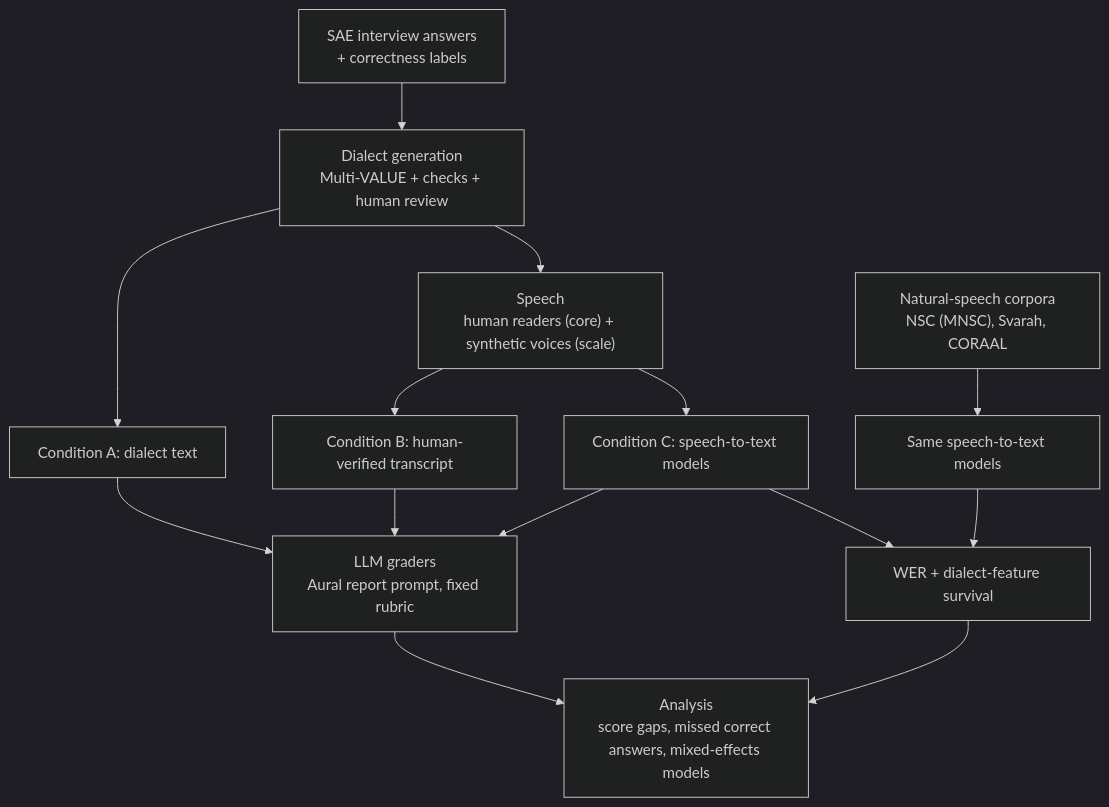
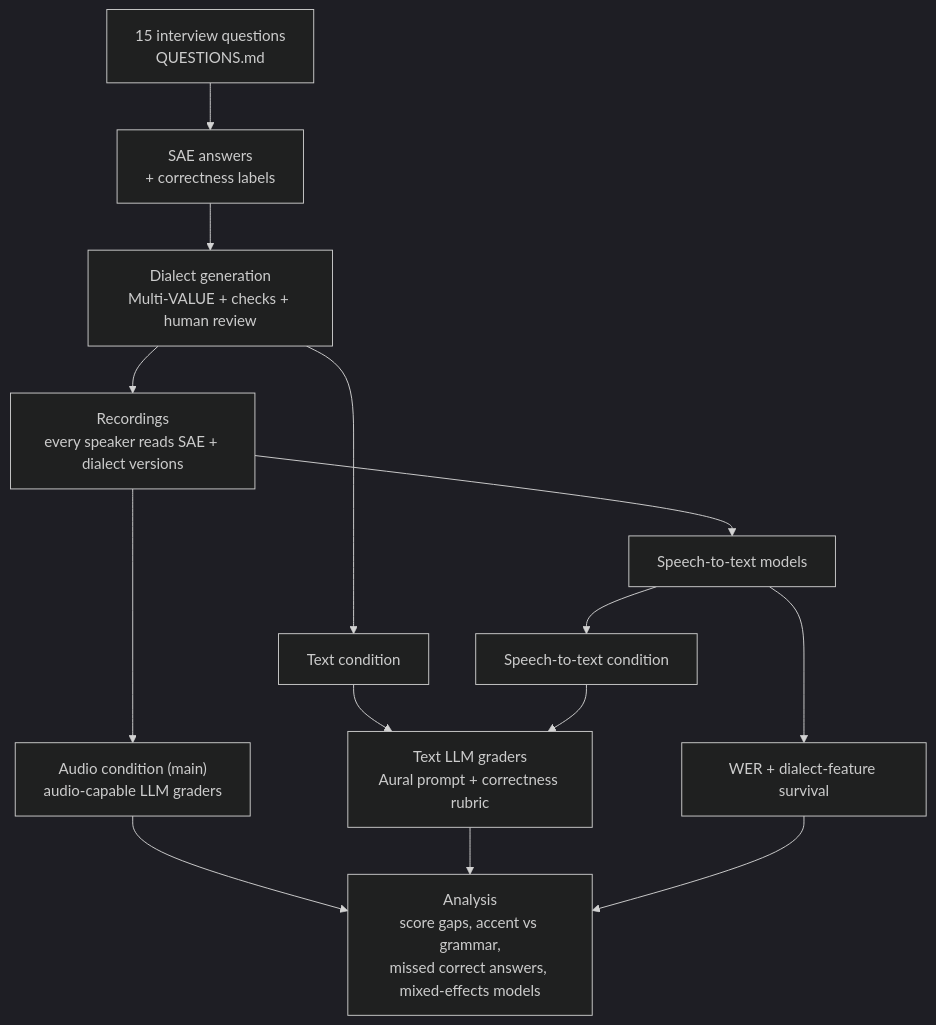
The diagram in PLAN.md (brevinhquangpham/interview-dialect-study), drawn with Mermaid (dark theme) before and after one commit. The commit also changed other lines of this file and 1 other file, not shown here.

First line of the commit message:
Make raw audio the main grading condition

````diff
--- a/PLAN.md
+++ b/PLAN.md
@@ -43,16 +75,16 @@
 ```mermaid
 flowchart TD
-  A["SAE interview answers<br/>+ correctness labels"] --> B["Dialect generation<br/>Multi-VALUE + checks + human review"]
-  B --> T["Condition A: dialect text"]
-  B --> S["Speech<br/>human readers (core) + synthetic voices (scale)"]
-  S --> H["Condition B: human-verified transcript"]
-  S --> R["Condition C: speech-to-text models"]
-  T --> G["LLM graders<br/>Aural report prompt, fixed rubric"]
-  H --> G
-  R --> G
+  Q["15 interview questions<br/>QUESTIONS.md"] --> A["SAE answers<br/>+ correctness labels"]
+  A --> B["Dialect generation<br/>Multi-VALUE + checks + human review"]
+  B --> T["Text condition"]
+  B --> S["Recordings<br/>every speaker reads SAE + dialect versions"]
+  S --> AU["Audio condition (main)<br/>audio-capable LLM graders"]
+  S --> R["Speech-to-text models"]
+  R --> RT["Speech-to-text condition"]
+  T --> G["Text LLM graders<br/>Aural prompt + correctness rubric"]
+  RT --> G
   R --> F["WER + dialect-feature survival"]
-  X["Natural-speech corpora<br/>NSC (MNSC), Svarah, CORAAL"] --> RX["Same speech-to-text models"]
-  RX --> F
-  G --> M["Analysis<br/>score gaps, missed correct answers, mixed-effects models"]
+  AU --> M["Analysis<br/>score gaps, accent vs grammar,<br/>missed correct answers, mixed-effects models"]
+  G --> M
   F --> M
 ```
````
